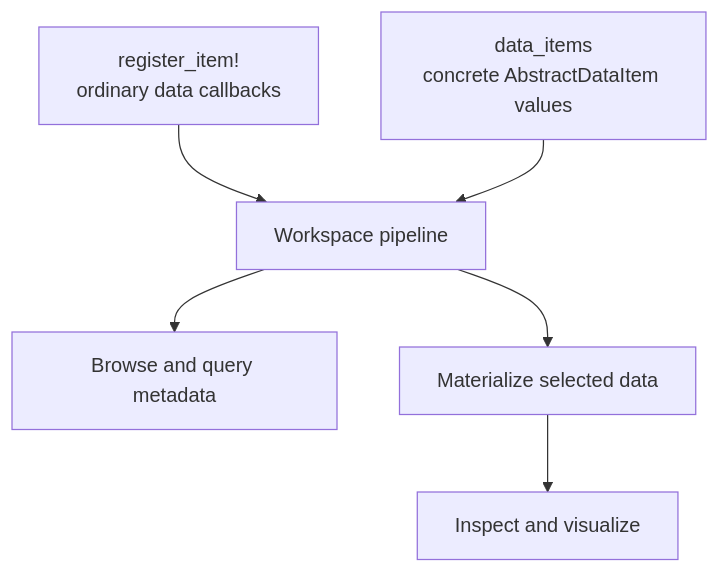
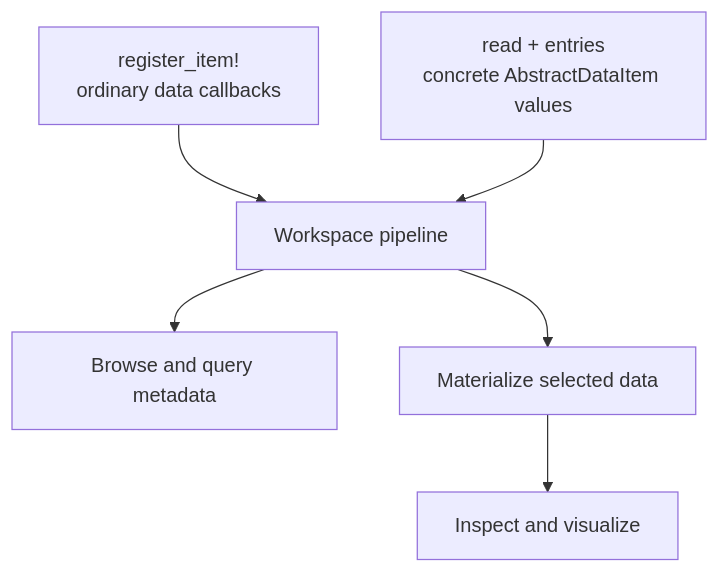
The second of 4 diagrams in docs/data-model.md (digiefel/MeasurementBrowser), drawn with Mermaid before and after one commit. The commit also changed other lines of this file and 7 other files, not shown here.

````diff
--- a/docs/data-model.md
+++ b/docs/data-model.md
@@ -26,8 +28,8 @@
 ```mermaid
 flowchart TB
     registration["register_item!<br/>ordinary data callbacks"] --> workspace["Workspace pipeline"]
-    typed["data_items<br/>concrete AbstractDataItem values"] --> workspace
+    typed["read + entries<br/>concrete AbstractDataItem values"] --> workspace
     workspace --> index["Browse and query metadata"]
     workspace --> materialize["Materialize selected data"]
     materialize --> views["Inspect and visualize"]
 ```
````
